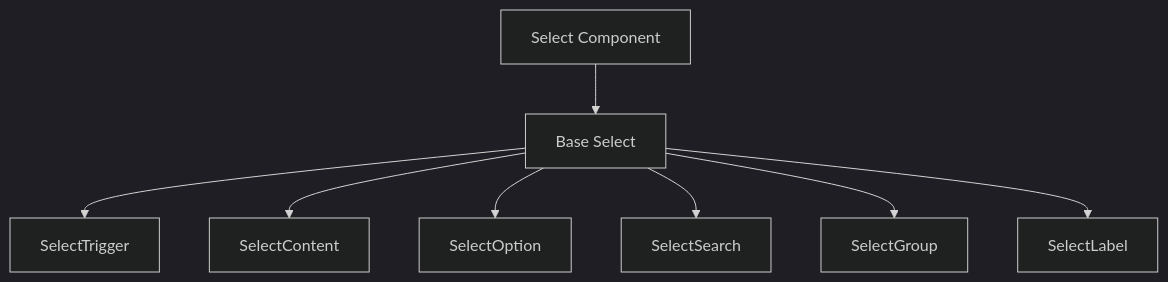
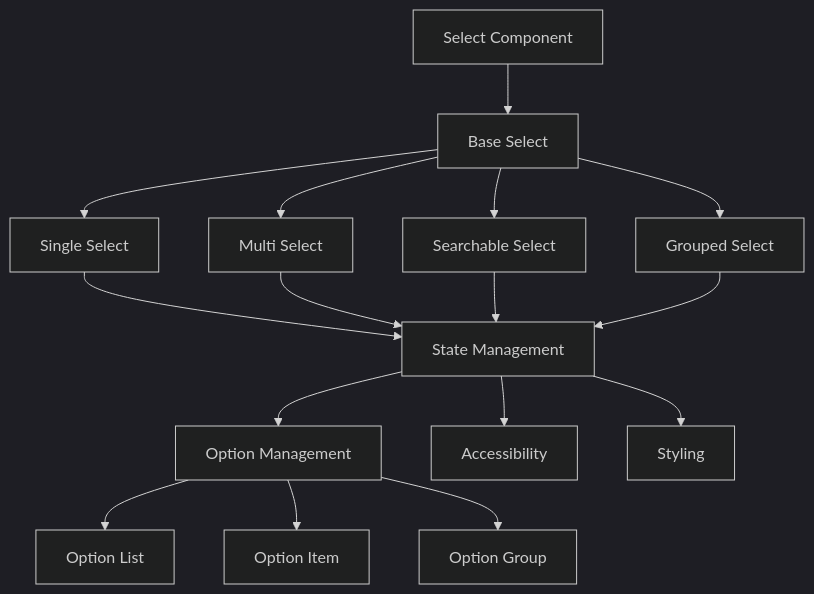
Before and after one commit to gedeza/thrive-send: the first of 3 diagrams in DOCS/components/forms/Select.md, drawn with Mermaid (dark theme). The commit also changed other lines of this file and 25 other files, not shown here.

````diff
--- a/DOCS/components/forms/Select.md
+++ b/DOCS/components/forms/Select.md
@@ -11,10 +20,21 @@
 ```mermaid
 graph TD
     A[Select Component] --> B[Base Select]
-    B --> C[SelectTrigger]
-    B --> D[SelectContent]
-    B --> E[SelectOption]
-    B --> F[SelectSearch]
-    B --> G[SelectGroup]
-    B --> H[SelectLabel]
+    B --> C[Single Select]
+    B --> D[Multi Select]
+    B --> E[Searchable Select]
+    B --> F[Grouped Select]
+    
+    C --> G[State Management]
+    D --> G
+    E --> G
+    F --> G
+    
+    G --> H[Option Management]
+    G --> I[Accessibility]
+    G --> J[Styling]
+    
+    H --> K[Option List]
+    H --> L[Option Item]
+    H --> M[Option Group]
 ```
````
